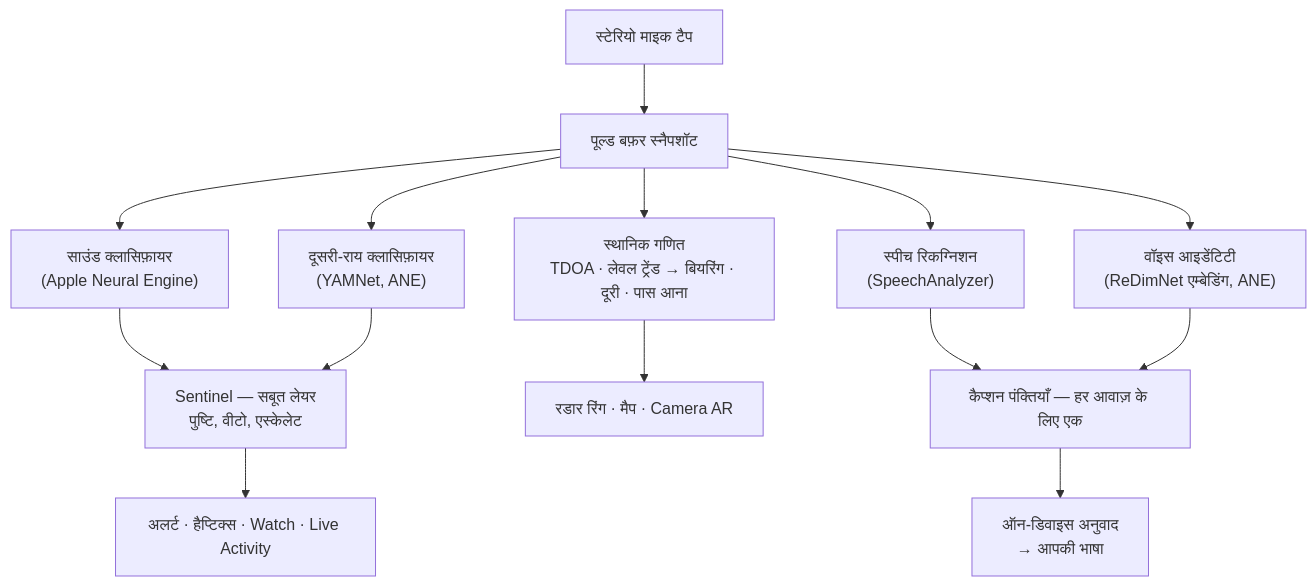
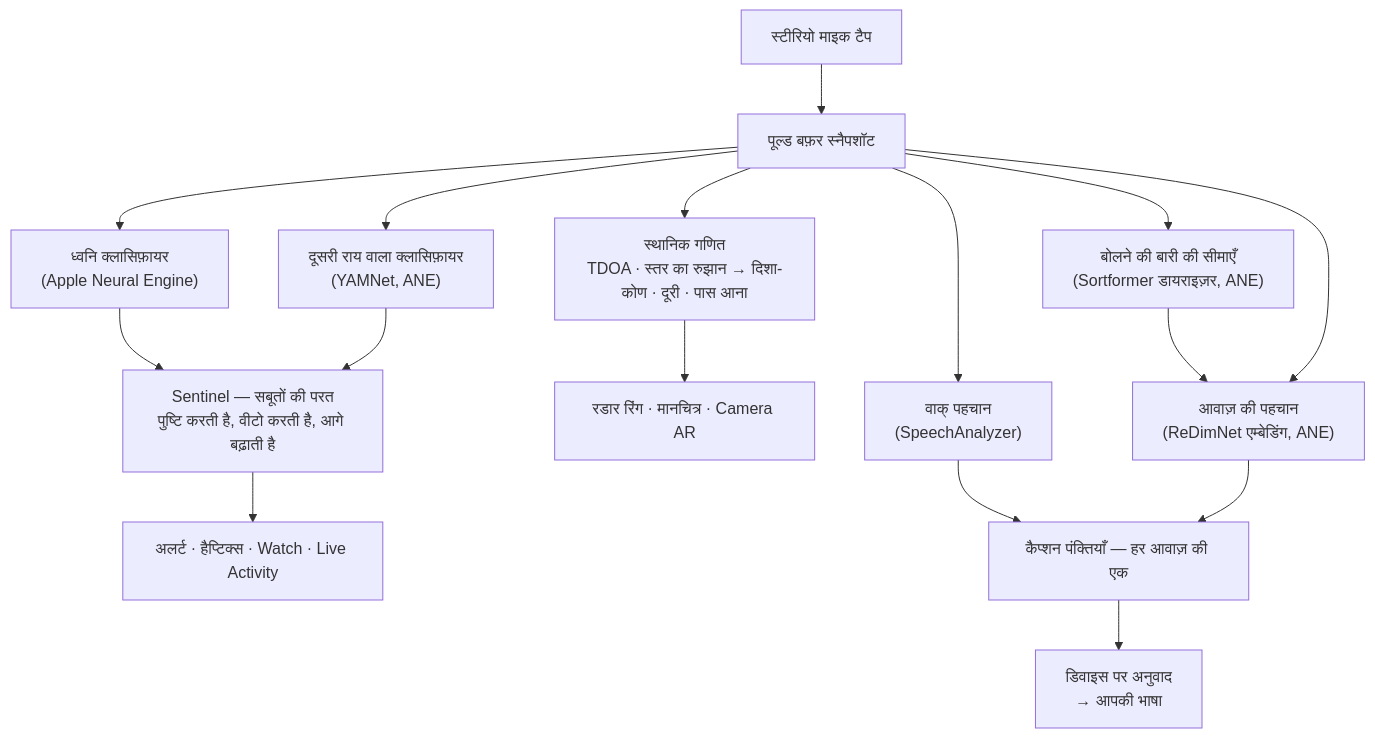
One commit to rpalm01-star/VigilantEarLegal changed the second of 4 diagrams in README_hi.md. Above: the diagram before and after it, drawn with Mermaid. The commit also changed other lines of this file and 29 other files, not shown here.

````diff
--- a/README_hi.md
+++ b/README_hi.md
@@ -128,16 +134,18 @@
 ```mermaid
 graph TD
-    A["स्टेरियो माइक टैप"] --> B["पूल्ड बफ़र स्नैपशॉट"]
-    B --> C["साउंड क्लासिफ़ायर<br/>(Apple Neural Engine)"]
-    B --> Y["दूसरी-राय क्लासिफ़ायर<br/>(YAMNet, ANE)"]
-    C --> S["Sentinel — सबूत लेयर<br/>पुष्टि, वीटो, एस्केलेट"]
+    A["स्टीरियो माइक टैप"] --> B["पूल्ड बफ़र स्नैपशॉट"]
+    B --> C["ध्वनि क्लासिफ़ायर<br/>(Apple Neural Engine)"]
+    B --> Y["दूसरी राय वाला क्लासिफ़ायर<br/>(YAMNet, ANE)"]
+    C --> S["Sentinel — सबूतों की परत<br/>पुष्टि करती है, वीटो करती है, आगे बढ़ाती है"]
     Y --> S
     S --> H["अलर्ट · हैप्टिक्स · Watch · Live Activity"]
-    B --> D["स्थानिक गणित<br/>TDOA · लेवल ट्रेंड → बियरिंग · दूरी · पास आना"]
-    D --> R["रडार रिंग · मैप · Camera AR"]
-    B --> F["स्पीच रिकग्निशन<br/>(SpeechAnalyzer)"]
-    B --> E["वॉइस आइडेंटिटी<br/>(ReDimNet एम्बेडिंग, ANE)"]
-    F --> G["कैप्शन पंक्तियाँ — हर आवाज़ के लिए एक"]
+    B --> D["स्थानिक गणित<br/>TDOA · स्तर का रुझान → दिशा-कोण · दूरी · पास आना"]
+    D --> R["रडार रिंग · मानचित्र · Camera AR"]
+    B --> F["वाक् पहचान<br/>(SpeechAnalyzer)"]
+    B --> N["बोलने की बारी की सीमाएँ<br/>(Sortformer डायराइज़र, ANE)"]
+    N --> E["आवाज़ की पहचान<br/>(ReDimNet एम्बेडिंग, ANE)"]
+    B --> E
+    F --> G["कैप्शन पंक्तियाँ — हर आवाज़ की एक"]
     E --> G
-    G --> T["ऑन-डिवाइस अनुवाद<br/>→ आपकी भाषा"]
+    G --> T["डिवाइस पर अनुवाद<br/>→ आपकी भाषा"]
 ```
````
